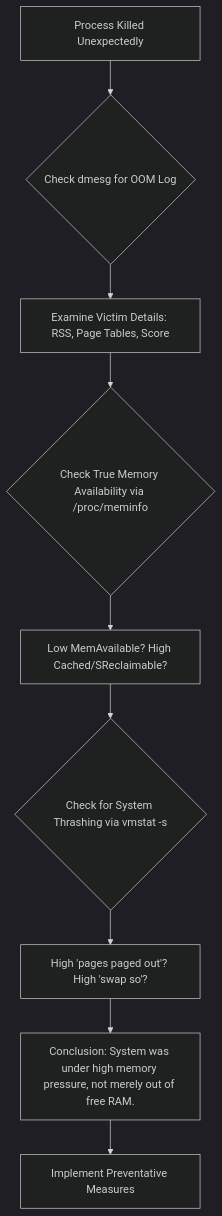
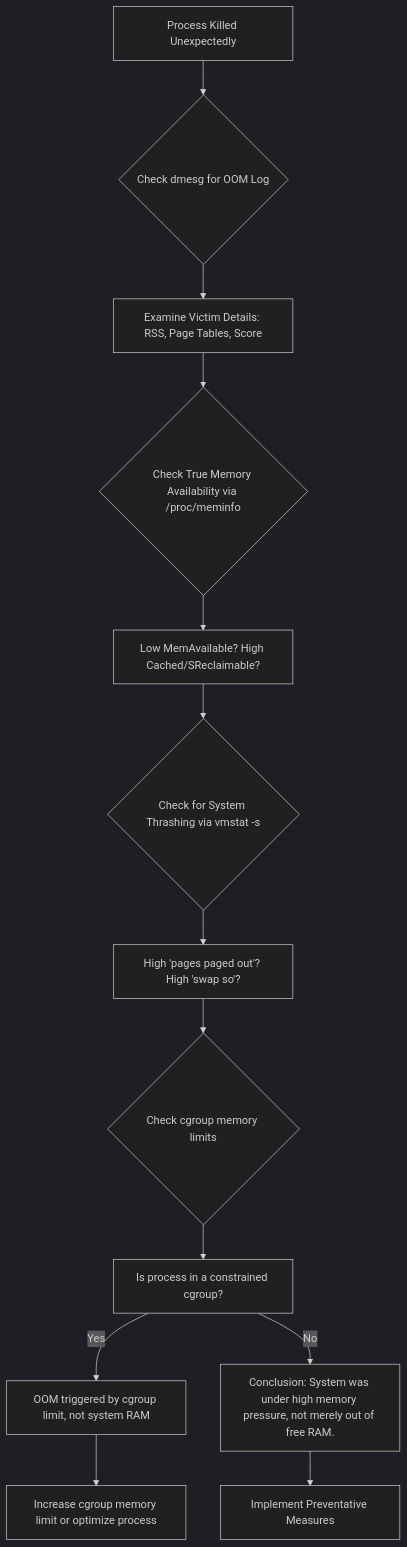
Before and after one commit to htghuzaifa2/huzi.pk-web-v2: the diagram in src/data/blogs/posts/tech/linux-oom-pressure-debug.md, drawn with Mermaid (dark theme). The commit also changed other lines of this file and 488 other files, not shown here.

````diff
--- a/src/data/blogs/posts/tech/linux-oom-pressure-debug.md
+++ b/src/data/blogs/posts/tech/linux-oom-pressure-debug.md
@@ -96,11 +190,15 @@
 ```mermaid
 flowchart TD
     A[Process Killed Unexpectedly] --> B{Check dmesg for OOM Log}
     B --> C[Examine Victim Details: RSS, Page Tables, Score]
     C --> D{Check True Memory Availability via /proc/meminfo}
     D --> E[Low MemAvailable? High Cached/SReclaimable?]
     E --> F{Check for System Thrashing via vmstat -s}
     F --> G[High 'pages paged out'? High 'swap so'?]
-    G --> H[Conclusion: System was under high memory pressure, not merely out of free RAM.]
-    H --> I[Implement Preventative Measures]
+    G --> H{Check cgroup memory limits}
+    H --> I[Is process in a constrained cgroup?]
+    I -->|Yes| J[OOM triggered by cgroup limit, not system RAM]
+    I -->|No| K[Conclusion: System was under high memory pressure, not merely out of free RAM.]
+    J --> L[Increase cgroup memory limit or optimize process]
+    K --> M[Implement Preventative Measures]
 ```
````
